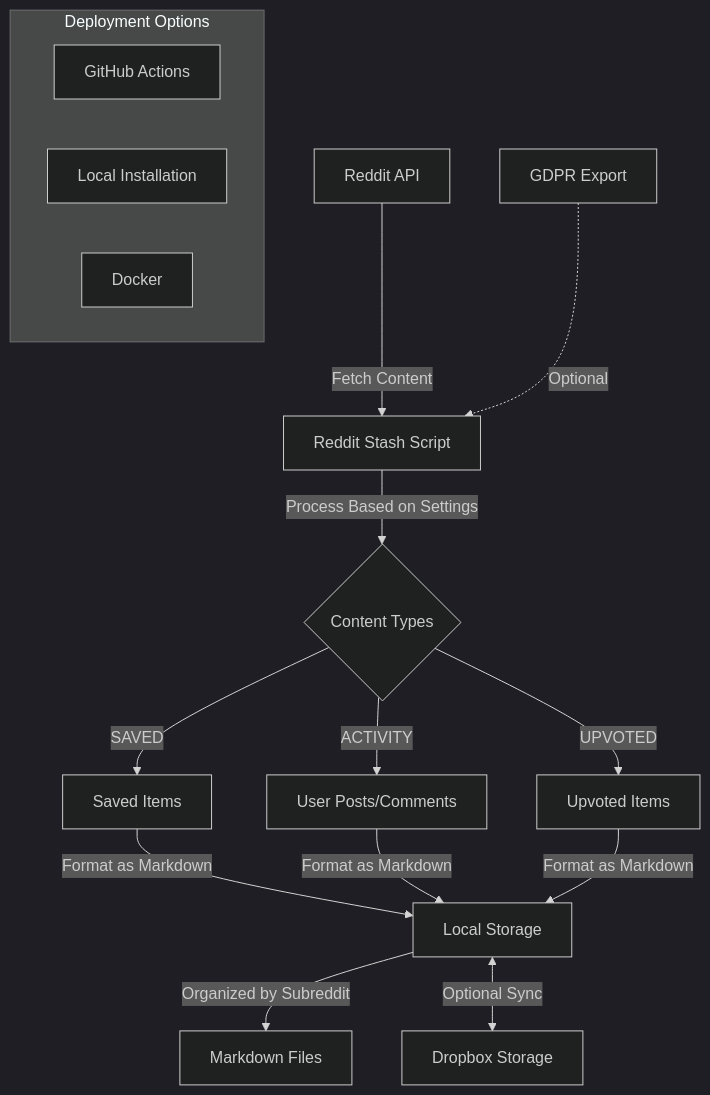
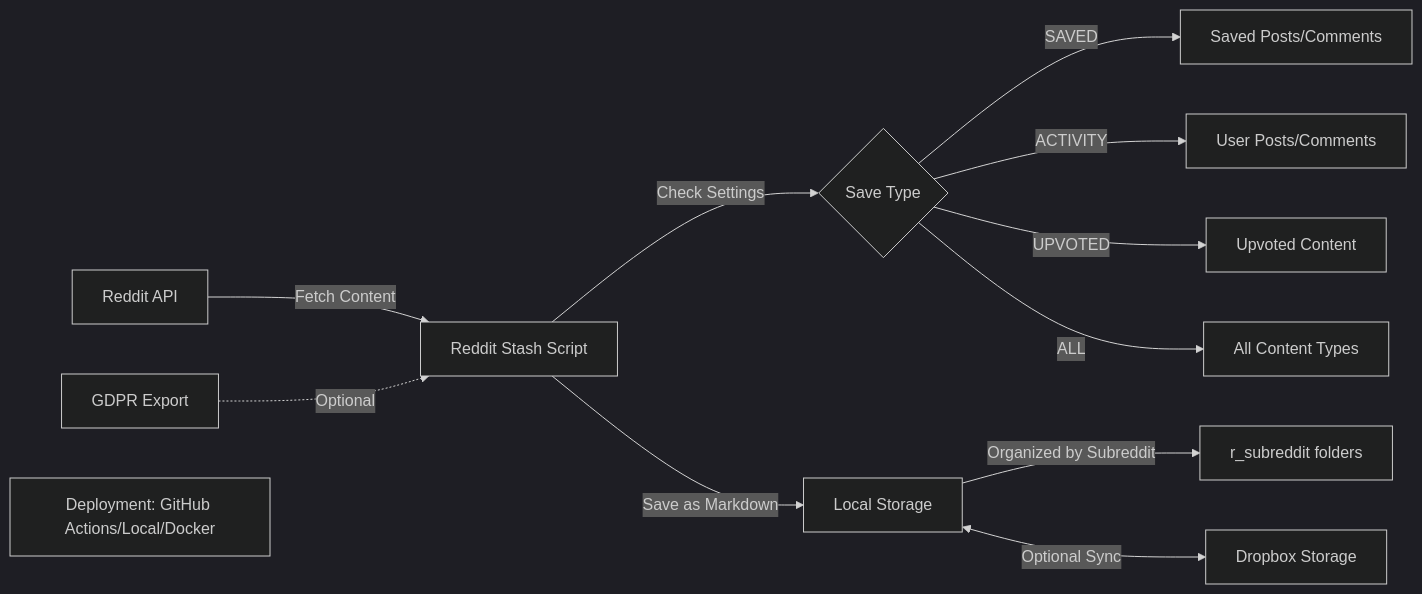
One commit to rhnfzl/reddit-stash changed the diagram in README.md. Above: the diagram before and after it, drawn with Mermaid (dark theme).

Commit message:
Updated readme for the readability

````diff
--- a/README.md
+++ b/README.md
@@ -67,26 +67,23 @@
 ```mermaid
-graph TD
-    %% Main Data Sources
+graph LR
+    %% Data Sources
     A[Reddit API] -->|Fetch Content| B[Reddit Stash Script]
-    G1[GDPR Export] -.->|Optional| B
+    J[GDPR Export] -.->|Optional| B
     
-    %% Simple Configuration
-    B -->|Process Based on Settings| C{Content Types}
-    C -->|SAVED| D[Saved Items]
-    C -->|ACTIVITY| E[User Posts/Comments]
-    C -->|UPVOTED| F[Upvoted Items]
+    %% Content Types
+    B -->|Check Settings| D{Save Type}
+    D -->|SAVED| E[Saved Posts/Comments]
+    D -->|ACTIVITY| F[User Posts/Comments]
+    D -->|UPVOTED| G[Upvoted Content]
+    D -->|ALL| H[All Content Types]
     
-    %% Core Processing Flow
-    D & E & F -->|Format as Markdown| H[Local Storage]
-    H -->|Organized by Subreddit| I[Markdown Files]
+    %% Storage & Organization
+    B -->|Save as Markdown| C[Local Storage]
+    C -->|Organized by Subreddit| S[r_subreddit folders]
     
     %% Deployment Options
-    subgraph "Deployment Options"
-        J[GitHub Actions]
-        K[Local Installation]
-        L[Docker]
-    end
+    X[Deployment: GitHub Actions/Local/Docker]
     
     %% Dropbox Integration
-    H <-->|Optional Sync| M[Dropbox Storage]
+    C <-->|Optional Sync| I[Dropbox Storage]
 ```
````
